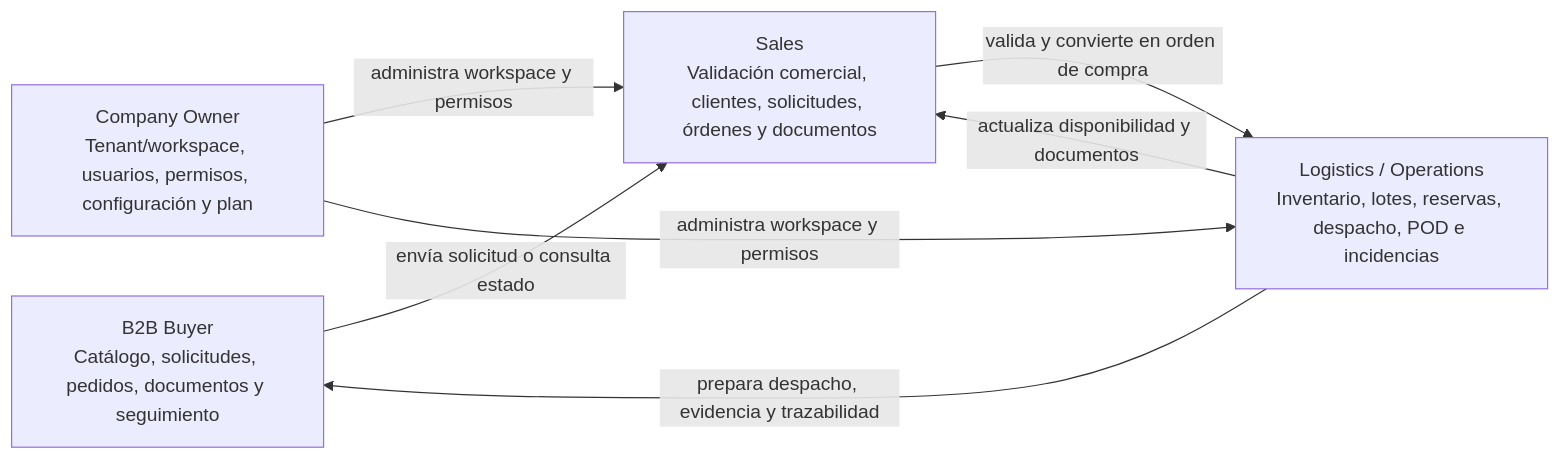
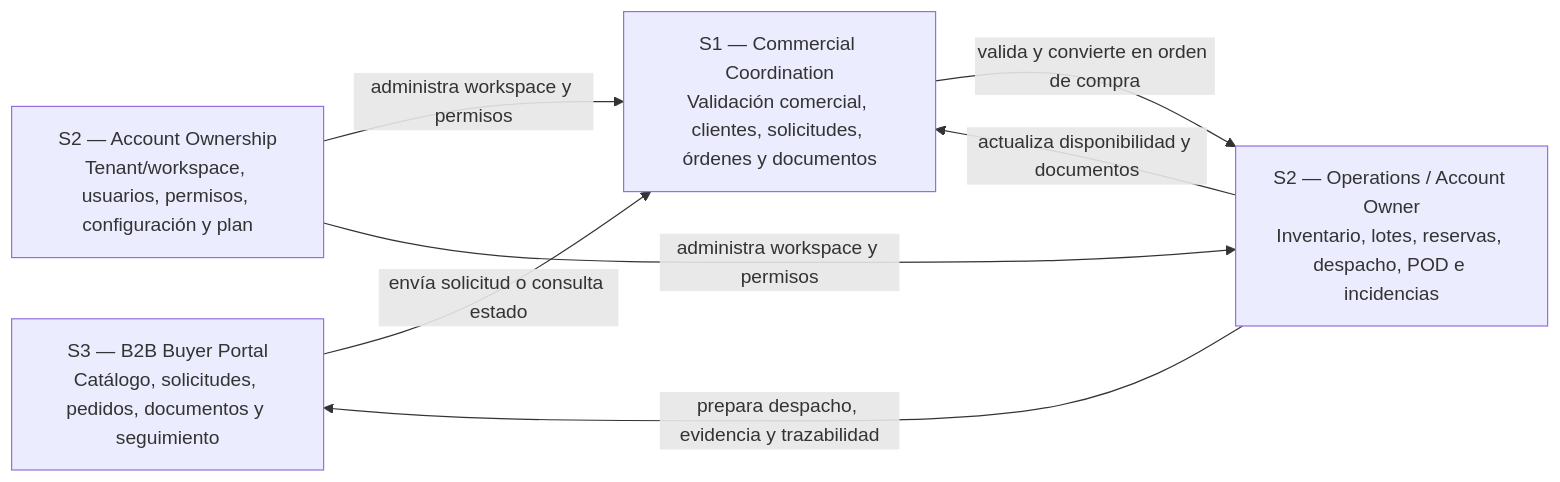
One commit to R0obxdnt-bit/nexa-ecosystem-report-v2 changed the first of 3 diagrams in report/40-chapter-4-product-design/4-2-information-architecture.md. Above: the diagram before and after it, drawn with Mermaid. The commit also changed other lines of this file, not shown here.

Commit message:
Refactor information architecture and role definitions

````diff
--- a/report/40-chapter-4-product-design/4-2-information-architecture.md
+++ b/report/40-chapter-4-product-design/4-2-information-architecture.md
@@ -9,14 +9,14 @@
 ```mermaid
 flowchart LR
-    Buyer["B2B Buyer<br/>Catálogo, solicitudes, pedidos, documentos y seguimiento"]
-    Sales["Sales<br/>Validación comercial, clientes, solicitudes, órdenes y documentos"]
-    Logistics["Logistics / Operations<br/>Inventario, lotes, reservas, despacho, POD e incidencias"]
-    Owner["Company Owner<br/>Tenant/workspace, usuarios, permisos, configuración y plan"]
+    Buyer["S3 — B2B Buyer Portal<br/>Catálogo, solicitudes, pedidos, documentos y seguimiento"]
+    Sales["S1 — Commercial Coordination<br/>Validación comercial, clientes, solicitudes, órdenes y documentos"]
+    Logistics["S2 — Operations / Account Owner<br/>Inventario, lotes, reservas, despacho, POD e incidencias"]
+    Owner["S2 — Account Ownership<br/>Tenant/workspace, usuarios, permisos, configuración y plan"]
 
     Buyer -->|"envía solicitud o consulta estado"| Sales
     Sales -->|"valida y convierte en orden de compra"| Logistics
     Logistics -->|"prepara despacho, evidencia y trazabilidad"| Buyer
     Logistics -->|"actualiza disponibilidad y documentos"| Sales
     Owner -->|"administra workspace y permisos"| Sales
     Owner -->|"administra workspace y permisos"| Logistics
 ```
````
